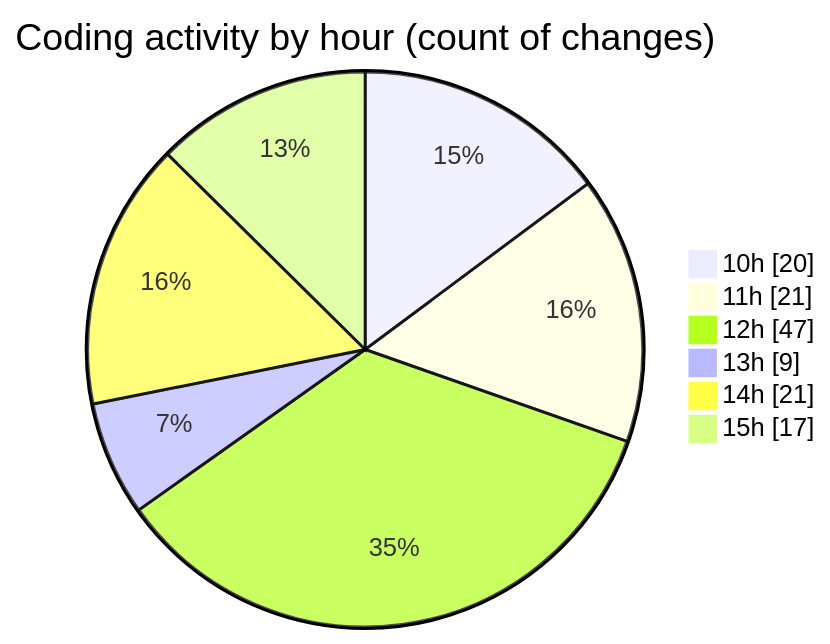
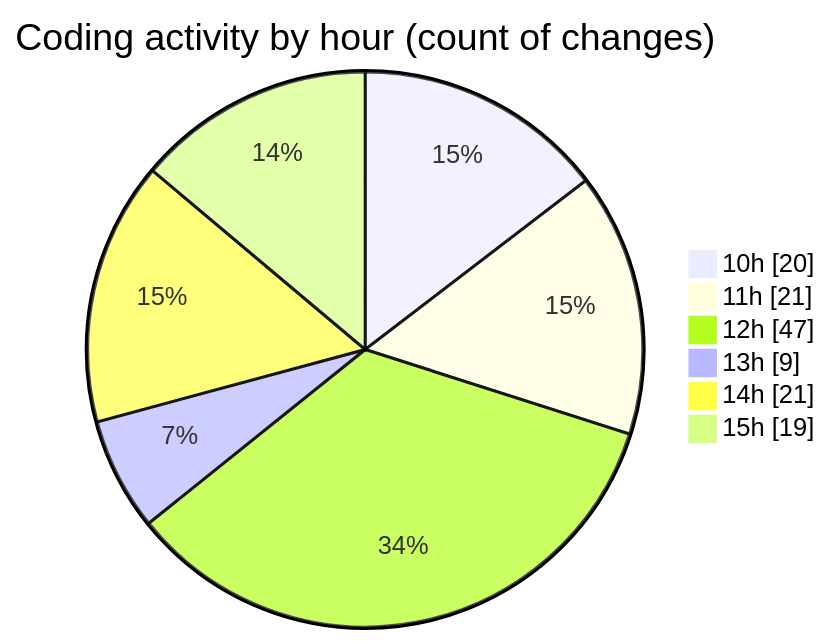
Before and after one commit to momahboobian/code-tracking: the second of 2 diagrams in 2025-05-20/cda/README.md, drawn with Mermaid. The commit also changed other lines of this file and 1 other file, not shown here.

````diff
--- a/2025-05-20/cda/README.md
+++ b/2025-05-20/cda/README.md
@@ -53,10 +53,10 @@
 ```mermaid
 pie showData
 title Coding activity by hour (count of changes)
 "10h" : 20
 "11h" : 21
 "12h" : 47
 "13h" : 9
 "14h" : 21
-"15h" : 17
+"15h" : 19
 ```
````
